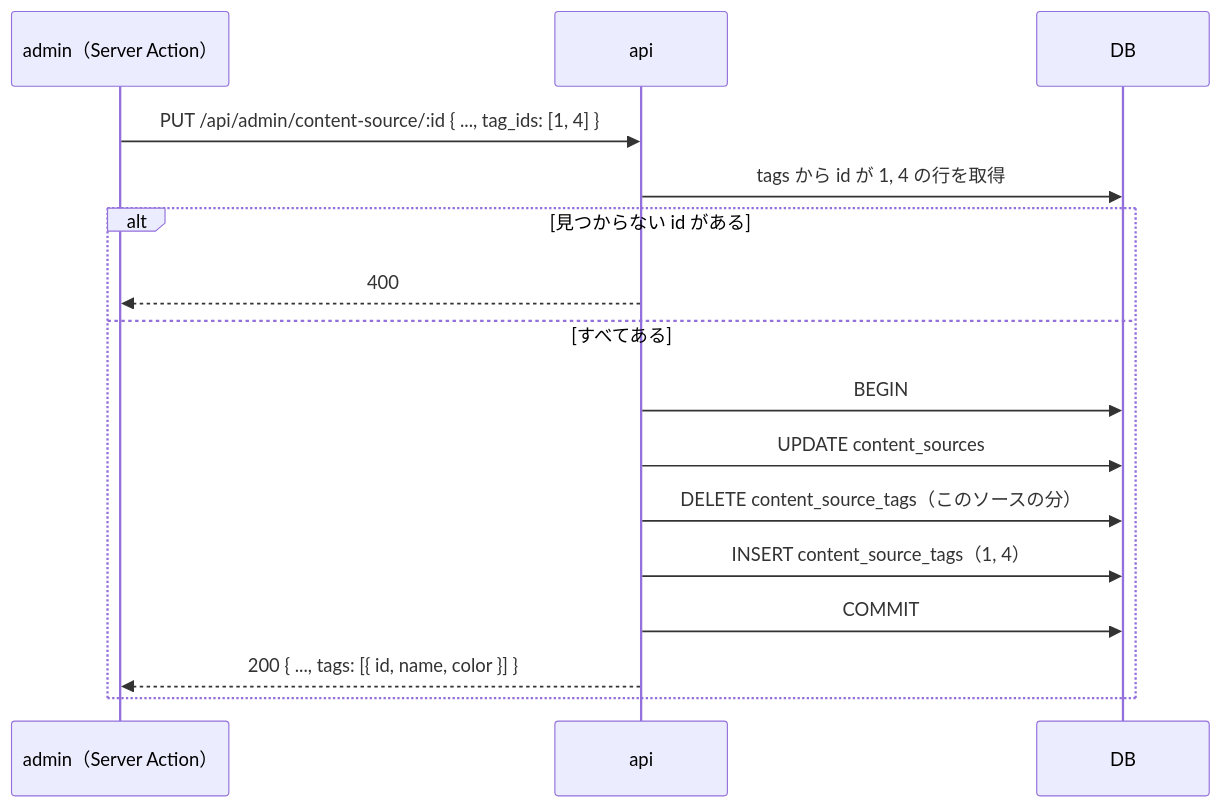
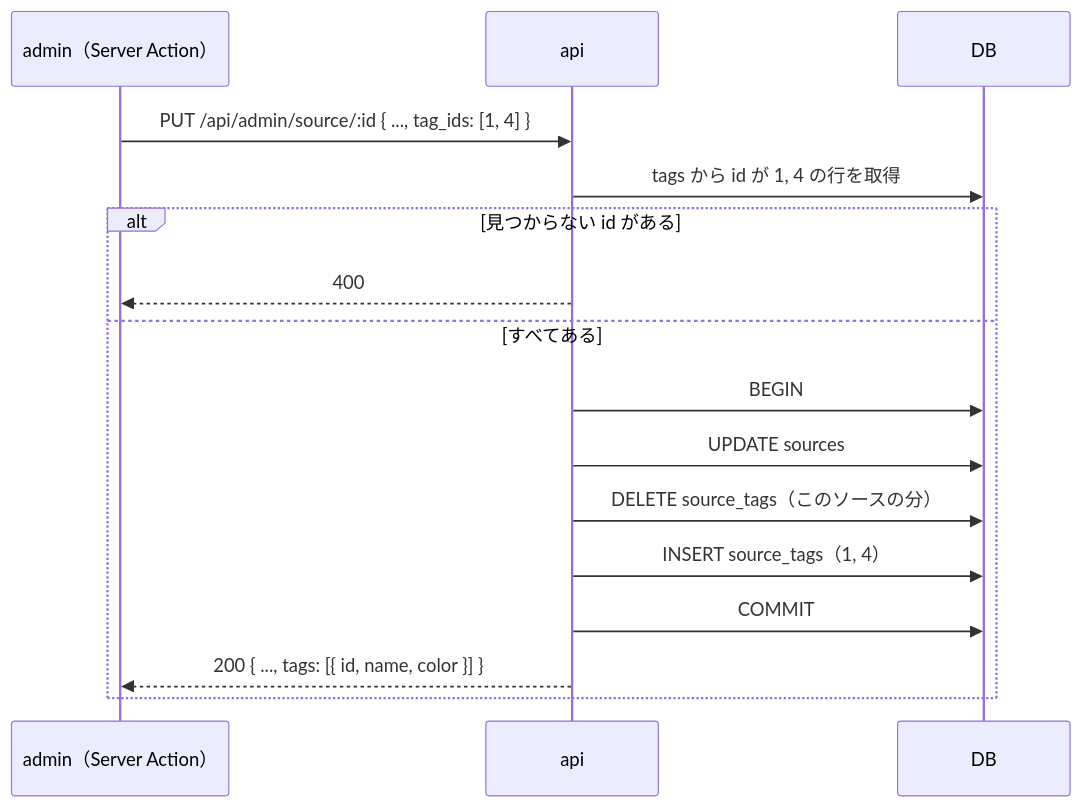
The third of 3 diagrams in docs/spec/source-tags/README.md (kentakki416/tech-english), drawn with Mermaid before and after one commit. The commit also changed other lines of this file and 201 other files, not shown here.

Commit message:
refactor: ソースの名前を content-source から source にそろえる（テーブル・API の path・admin の URL・識別子・ファイル名）

````diff
--- a/docs/spec/source-tags/README.md
+++ b/docs/spec/source-tags/README.md
@@ -241,19 +241,19 @@
 ```mermaid
 sequenceDiagram
     participant A as admin（Server Action）
     participant API as api
     participant DB as DB
 
-    A->>API: PUT /api/admin/content-source/:id { ..., tag_ids: [1, 4] }
+    A->>API: PUT /api/admin/source/:id { ..., tag_ids: [1, 4] }
     API->>DB: tags から id が 1, 4 の行を取得
     alt 見つからない id がある
         API-->>A: 400
     else すべてある
         API->>DB: BEGIN
-        API->>DB: UPDATE content_sources
-        API->>DB: DELETE content_source_tags（このソースの分）
-        API->>DB: INSERT content_source_tags（1, 4）
+        API->>DB: UPDATE sources
+        API->>DB: DELETE source_tags（このソースの分）
+        API->>DB: INSERT source_tags（1, 4）
         API->>DB: COMMIT
         API-->>A: 200 { ..., tags: [{ id, name, color }] }
     end
 ```
````
